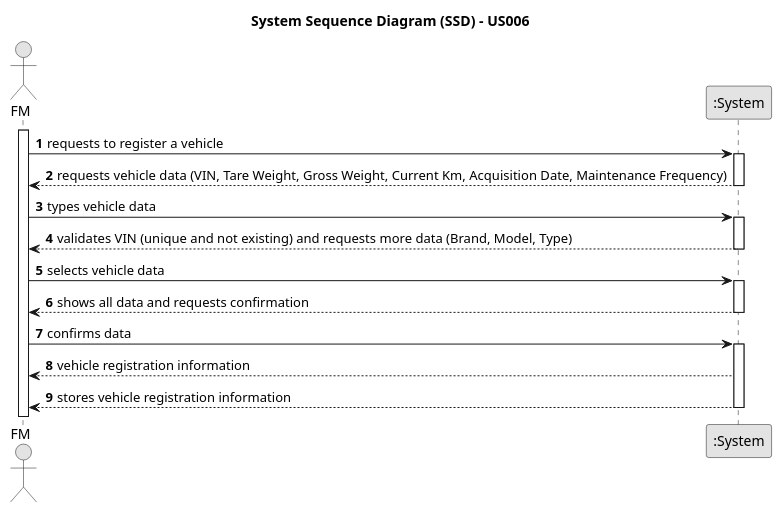
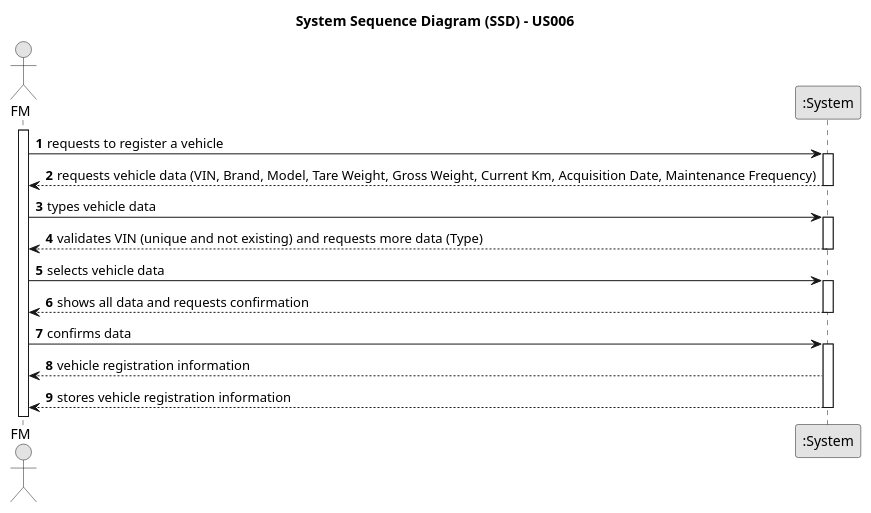
Before and after one commit to ricardomm7/leaflink: the diagram in docs/sprintA/us006/01.requirements-engineering/puml/us006-system-sequence-diagram-alternative-one.puml, drawn with PlantUML. The commit also changed 1 other file, not shown here.

```diff
--- a/docs/sprintA/us006/01.requirements-engineering/puml/us006-system-sequence-diagram-alternative-one.puml
+++ b/docs/sprintA/us006/01.requirements-engineering/puml/us006-system-sequence-diagram-alternative-one.puml
@@ -1,40 +1,40 @@
 @startuml
 skinparam monochrome true
 skinparam packageStyle rectangle
 skinparam shadowing false
 
 title System Sequence Diagram (SSD) - US006
 
 autonumber
 
 actor "FM" as FM
 participant ":System" as System
 
 activate FM
 
     FM -> System : requests to register a vehicle
     activate System
 
-        System --> FM : requests vehicle data (VIN, Tare Weight, Gross Weight, Current Km, Acquisition Date, Maintenance Frequency)
+        System --> FM : requests vehicle data (VIN, Brand, Model, Tare Weight, Gross Weight, Current Km, Acquisition Date, Maintenance Frequency)
     deactivate System
 
     FM -> System : types vehicle data
     activate System
 
-        System --> FM : validates VIN (unique and not existing) and requests more data (Brand, Model, Type)
+        System --> FM : validates VIN (unique and not existing) and requests more data (Type)
     deactivate System
 
     FM -> System : selects vehicle data
         activate System
 
         System --> FM : shows all data and requests confirmation
     deactivate System
 
     FM -> System : confirms data
     activate System
 
         System --> FM :  vehicle registration information
         System --> FM : stores vehicle registration information
     deactivate System
 
 @enduml
```
